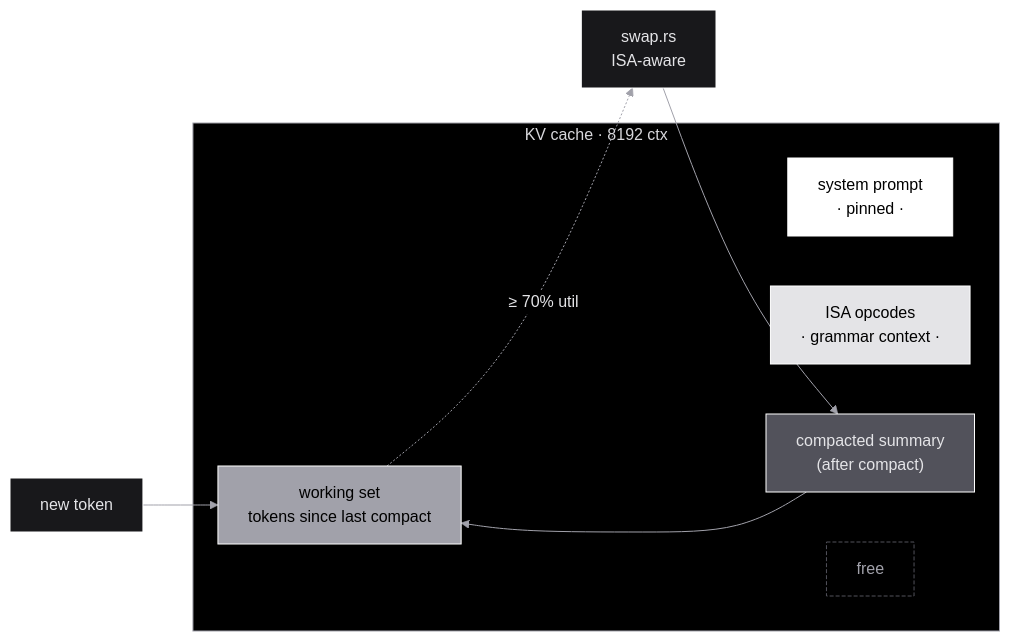
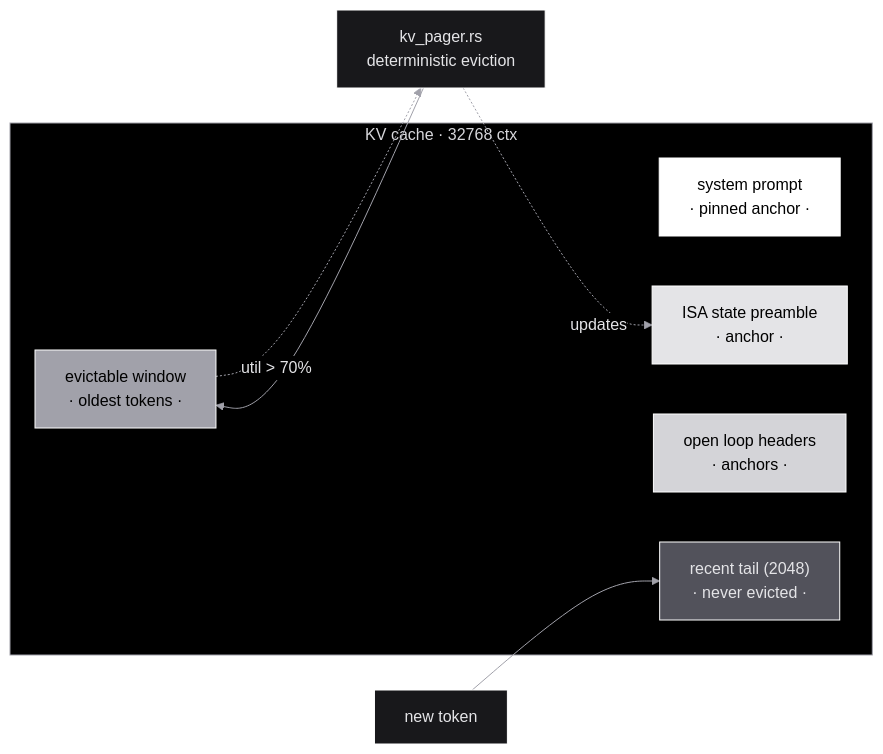
The fifth of 7 diagrams in docs/ARCHITECTURE.md (EvolvingAgentsLabs/llm_os), drawn with Mermaid before and after one commit. The commit also changed other lines of this file and 12 other files, not shown here.

First line of the commit message:
feat: implement v1.0 runtime — FFI inference, KV pager, WASM sandbox, single-token ISA

````diff
--- a/docs/ARCHITECTURE.md
+++ b/docs/ARCHITECTURE.md
@@ -191,22 +343,22 @@
 ```mermaid
 %%{init: {'theme':'base', 'themeVariables': {'primaryColor':'#18181b','primaryTextColor':'#e4e4e7','primaryBorderColor':'#ffffff','lineColor':'#a1a1aa','secondaryColor':'#27272a','background':'#000','mainBkg':'#18181b','clusterBkg':'#000','clusterBorder':'#a1a1aa','edgeLabelBackground':'#000','fontFamily':'ui-monospace, monospace'}}}%%
 flowchart LR
-    subgraph KV["KV cache · 8192 ctx"]
-        Sys["system prompt<br/>· pinned ·"]
-        Isa["ISA opcodes<br/>· grammar context ·"]
-        Work["working set<br/>tokens since last compact"]
-        Sum["compacted summary<br/>(after compact)"]
-        Free["free"]
+    subgraph KV["KV cache · 32768 ctx"]
+        Sys["system prompt<br/>· pinned anchor ·"]
+        State["ISA state preamble<br/>· anchor ·"]
+        Loops["open loop headers<br/>· anchors ·"]
+        Evict["evictable window<br/>· oldest tokens ·"]
+        Tail["recent tail (2048)<br/>· never evicted ·"]
     end
 
-    Token[new token] --> Work
-    Work -. ≥ 70% util .-> Compactor[swap.rs<br/>ISA-aware]
-    Compactor --> Sum
-    Sum --> Work
+    Token[new token] --> Tail
+    Evict -. util > 70% .-> Pager[kv_pager.rs<br/>deterministic eviction]
+    Pager --> Evict
+    Pager -. updates .-> State
 
     style Sys fill:#ffffff,color:#000
-    style Isa fill:#e4e4e7,color:#000
-    style Work fill:#a1a1aa,color:#000
-    style Sum fill:#52525b,color:#e4e4e7
-    style Free fill:#000,color:#a1a1aa,stroke:#52525b,stroke-dasharray:4 2
+    style State fill:#e4e4e7,color:#000
+    style Loops fill:#d4d4d8,color:#000
+    style Evict fill:#a1a1aa,color:#000
+    style Tail fill:#52525b,color:#e4e4e7
 ```
````
